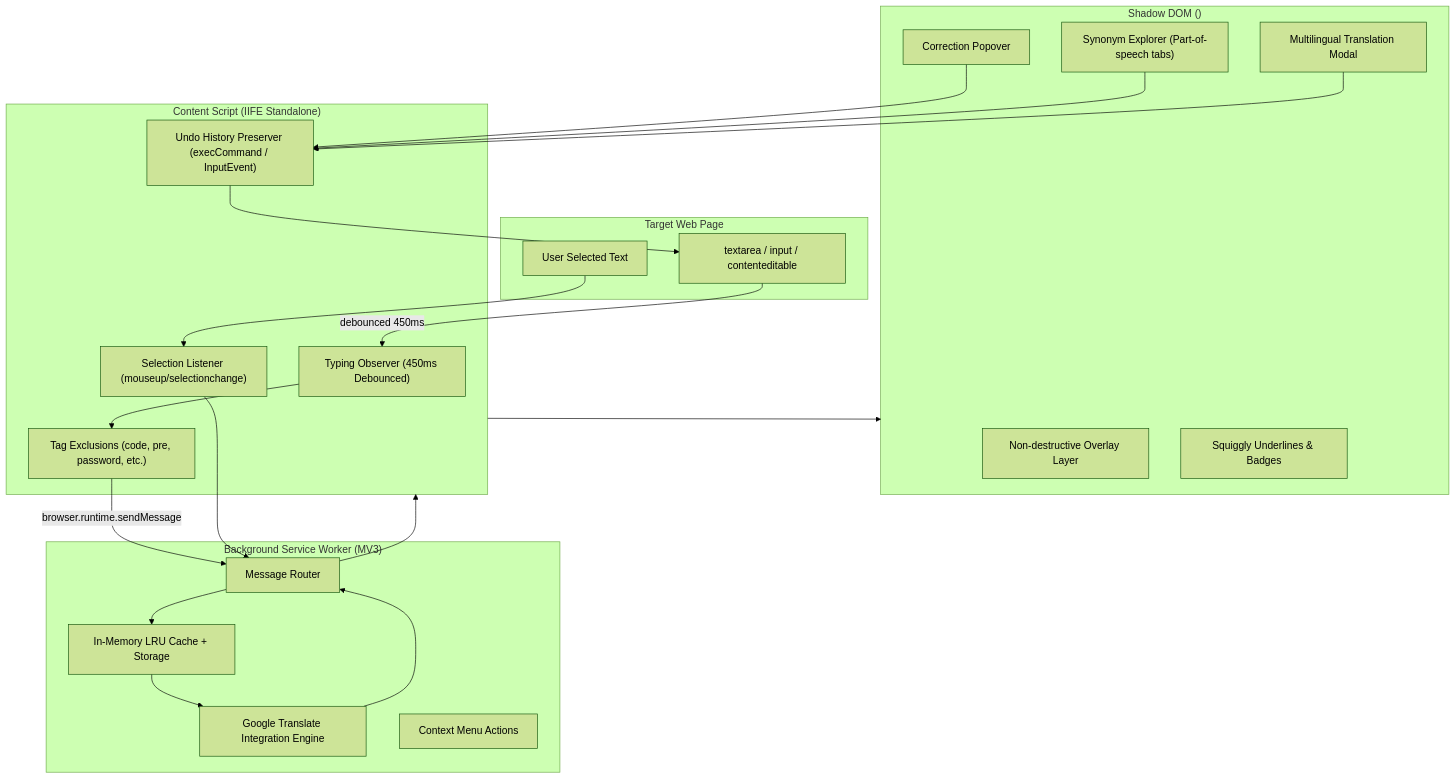
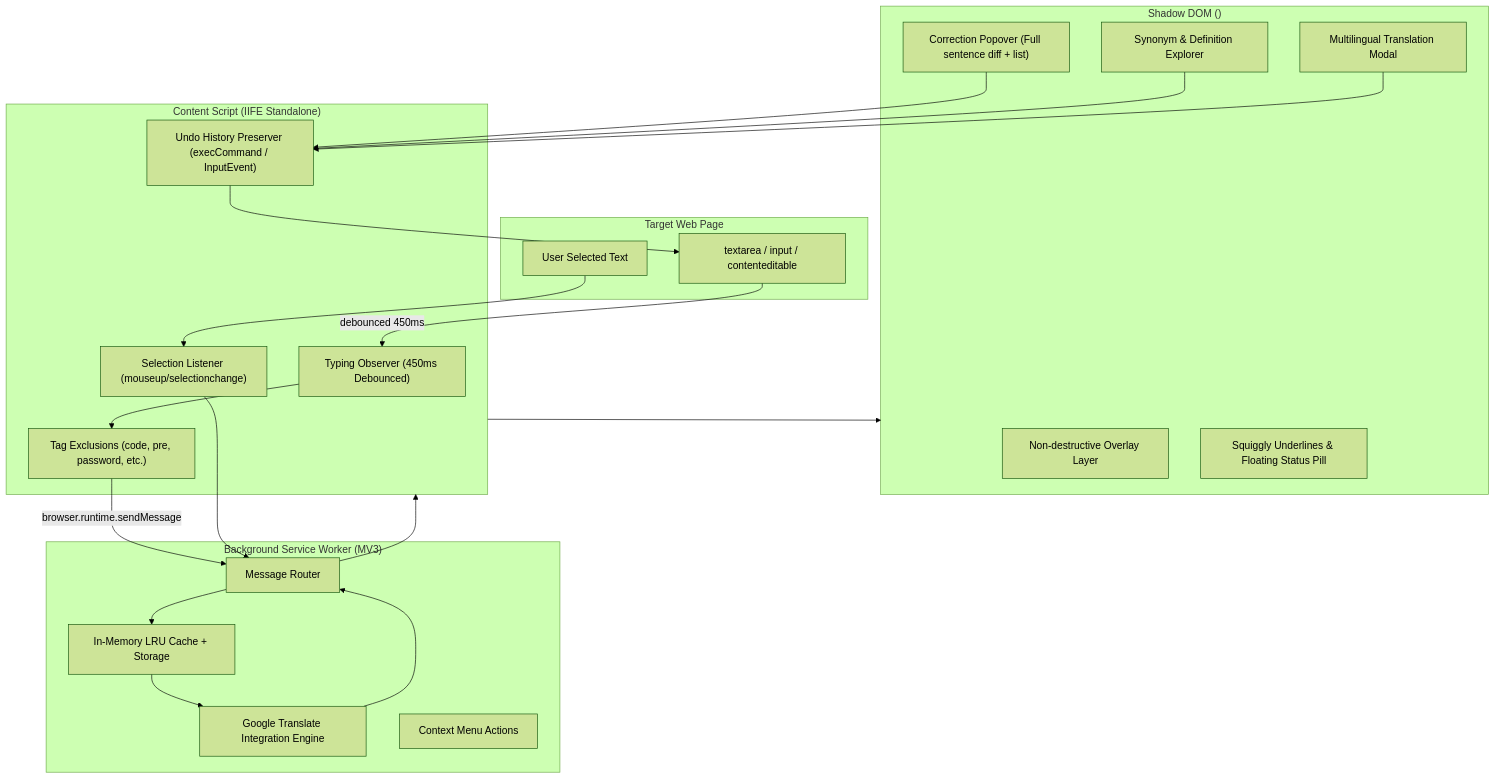
Before and after one commit to sosowaleed/Grammer-checker-with-google-translate: the diagram in README.md, drawn with Mermaid (forest theme). The commit also changed other lines of this file and 35 other files, not shown here.

Commit message:
feat: pre-release v1.0.7 with top 10 UI languages, floating pill playground, creator credits, and donation links

````diff
--- a/README.md
+++ b/README.md
@@ -31,44 +40,44 @@
 ```mermaid
 graph TD
     subgraph HostWebPage ["Target Web Page"]
         Input["textarea / input / contenteditable"]
         Selection["User Selected Text"]
     end
 
     subgraph ShadowDOM ["Shadow DOM (<grammar-checker-root>)"]
         Overlay["Non-destructive Overlay Layer"]
-        Squiggly["Squiggly Underlines & Badges"]
-        PopCheck["Correction Popover"]
-        PopSyn["Synonym Explorer (Part-of-speech tabs)"]
+        Squiggly["Squiggly Underlines & Floating Status Pill"]
+        PopCheck["Correction Popover (Full sentence diff + list)"]
+        PopSyn["Synonym & Definition Explorer"]
         PopTrans["Multilingual Translation Modal"]
     end
 
     subgraph ContentScript ["Content Script (IIFE Standalone)"]
         Observer["Typing Observer (450ms Debounced)"]
         SelectionListener["Selection Listener (mouseup/selectionchange)"]
         UndoPreserver["Undo History Preserver (execCommand / InputEvent)"]
         TagFilter["Tag Exclusions (code, pre, password, etc.)"]
     end
 
     subgraph BackgroundWorker ["Background Service Worker (MV3)"]
         Router["Message Router"]
         LRUCache["In-Memory LRU Cache + Storage"]
         GTClient["Google Translate Integration Engine"]
         ContextMenu["Context Menu Actions"]
     end
 
     Input -->|debounced 450ms| Observer
     Observer --> TagFilter
     TagFilter -->|browser.runtime.sendMessage| Router
     Selection --> SelectionListener
     SelectionListener --> Router
     Router --> LRUCache
     LRUCache --> GTClient
     GTClient --> Router
     Router --> ContentScript
     ContentScript --> ShadowDOM
     PopCheck --> UndoPreserver
     PopSyn --> UndoPreserver
     PopTrans --> UndoPreserver
     UndoPreserver --> Input
 ```
````
